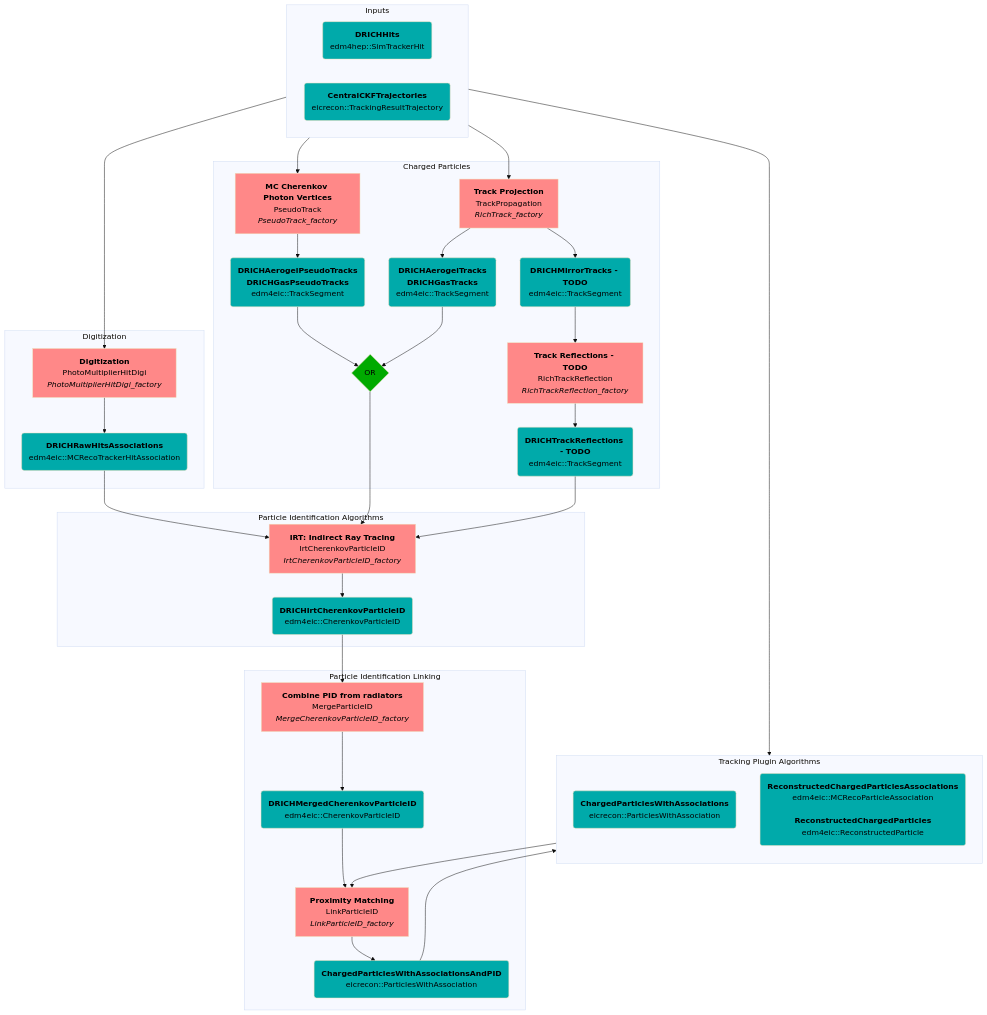
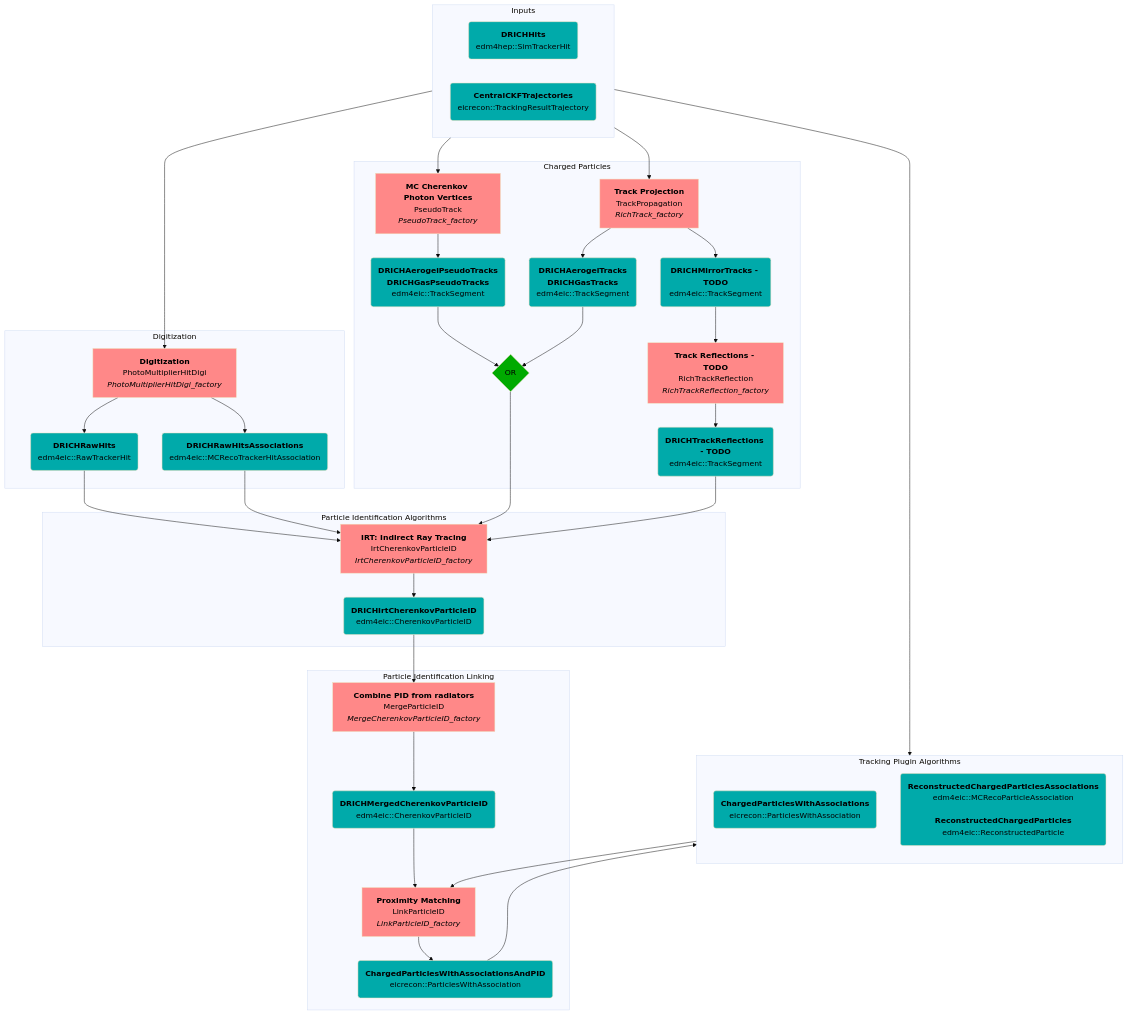
The second of 5 diagrams in src/detectors/DRICH/README.md (eic/EICrecon), drawn with Mermaid (base theme) before and after one commit. The commit also changed 5 other files, not shown here.

```diff
--- a/src/detectors/DRICH/README.md
+++ b/src/detectors/DRICH/README.md
@@ -30,7 +30,8 @@
 
   subgraph Digitization
     DigiAlg[<strong>Digitization</strong><br/>PhotoMultiplierHitDigi<br><i>PhotoMultiplierHitDigi_factory</i>]:::alg
-    RawHits(<strong>DRICHRawHitsAssociations</strong><br/>edm4eic::MCRecoTrackerHitAssociation):::col
+    RawHits(<strong>DRICHRawHits</strong><br/>edm4eic::RawTrackerHit):::col
+    HitAssocs(<strong>DRICHRawHitsAssociations</strong><br/>edm4eic::MCRecoTrackerHitAssociation):::col
   end
 
   subgraph Charged Particles
@@ -73,6 +74,7 @@
   %% digitization
   SimHits --> DigiAlg
   DigiAlg --> RawHits
+  DigiAlg --> HitAssocs
 
   %% tracking
   SimHits --> PseudoTracksAlg
@@ -87,6 +89,7 @@
 
   %% PID
   RawHits --> IRT
+  HitAssocs --> IRT
   TrackOR --> IRT
   Reflections --> IRT
   IRT --> IRTPID
```
